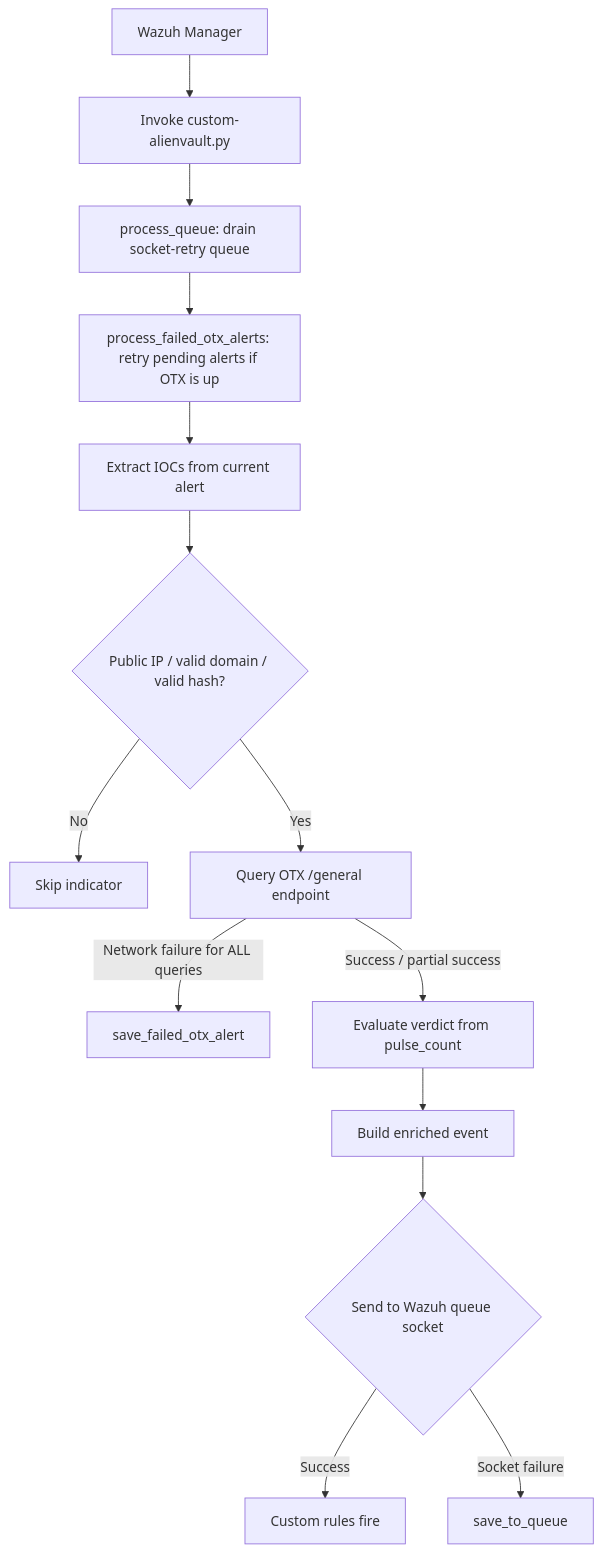
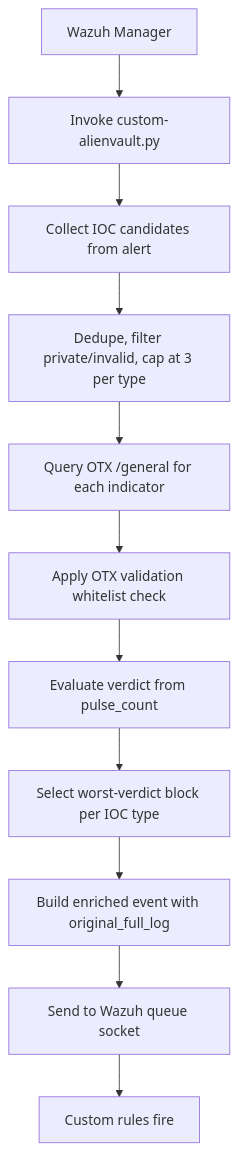
Before and after one commit to leonfullxr/Wazuh: the diagram in integrations/alienvault_otx/README.md, drawn with Mermaid. The commit also changed other lines of this file, not shown here.

First line of the commit message:
Updates AlienVault OTX integration documentation for clarity and expanded functionality

````diff
--- a/integrations/alienvault_otx/README.md
+++ b/integrations/alienvault_otx/README.md
@@ -190,16 +186,13 @@
 ```mermaid
 graph TD
     A[Wazuh Manager] --> B[Invoke custom-alienvault.py]
-    B --> C[process_queue: drain socket-retry queue]
-    C --> D[process_failed_otx_alerts: retry pending alerts if OTX is up]
-    D --> E[Extract IOCs from current alert]
-    E --> F{Public IP / valid domain / valid hash?}
-    F -->|No| G[Skip indicator]
-    F -->|Yes| H[Query OTX /general endpoint]
-    H -->|Network failure for ALL queries| I[save_failed_otx_alert]
-    H -->|Success / partial success| J[Evaluate verdict from pulse_count]
-    J --> K[Build enriched event]
-    K --> L{Send to Wazuh queue socket}
-    L -->|Success| M[Custom rules fire]
-    L -->|Socket failure| N[save_to_queue]
+    B --> C[Collect IOC candidates from alert]
+    C --> D[Dedupe, filter private/invalid, cap at 3 per type]
+    D --> E[Query OTX /general for each indicator]
+    E --> F[Apply OTX validation whitelist check]
+    F --> G[Evaluate verdict from pulse_count]
+    G --> H[Select worst-verdict block per IOC type]
+    H --> I[Build enriched event with original_full_log]
+    I --> J[Send to Wazuh queue socket]
+    J --> K[Custom rules fire]
 ```
````
